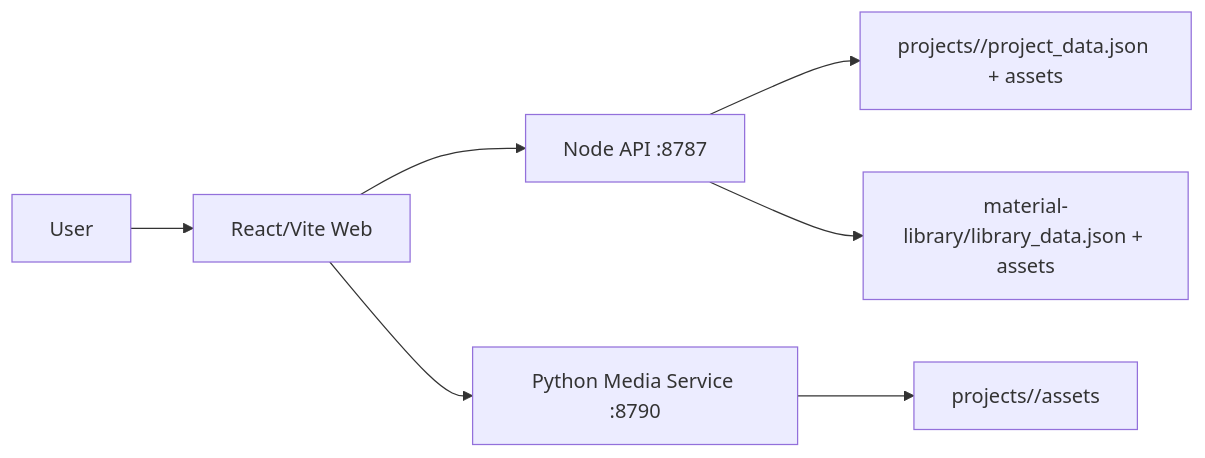
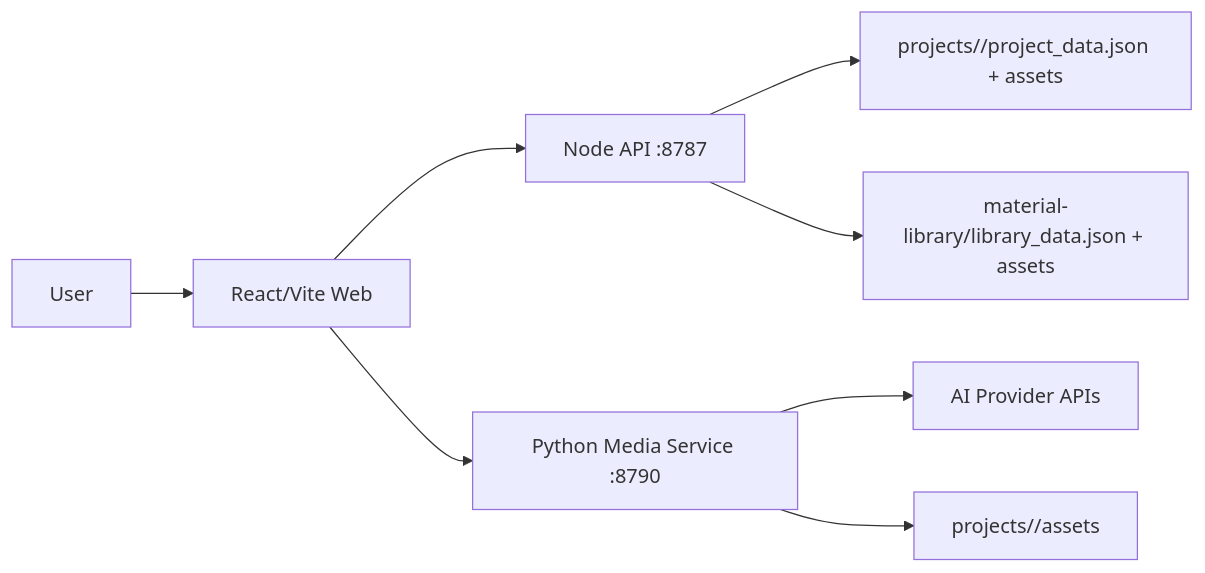
Before and after one commit to pleasureswx123/ai-canvas-studio: the first of 2 diagrams in docs/diagrams/system-architecture.md, drawn with Mermaid. The commit also changed other lines of this file and 11 other files, not shown here.

Commit message:
补充项目认知地图和环境检查

````diff
--- a/docs/diagrams/system-architecture.md
+++ b/docs/diagrams/system-architecture.md
@@ -3,9 +3,10 @@
 ```mermaid
 flowchart LR
   User["User"] --> Web["React/Vite Web"]
   Web --> NodeApi["Node API :8787"]
   Web --> Media["Python Media Service :8790"]
   NodeApi --> Projects["projects/<slug>/project_data.json + assets"]
   NodeApi --> Library["material-library/library_data.json + assets"]
+  Media --> Providers["AI Provider APIs"]
   Media --> ProjectAssets["projects/<slug>/assets"]
 ```
````
